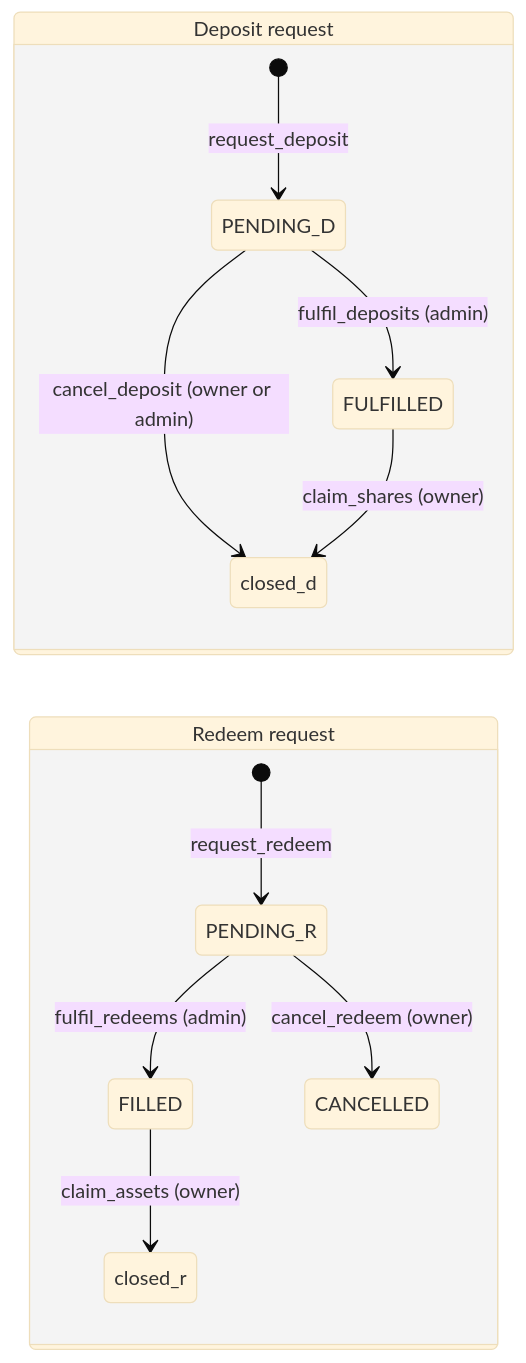
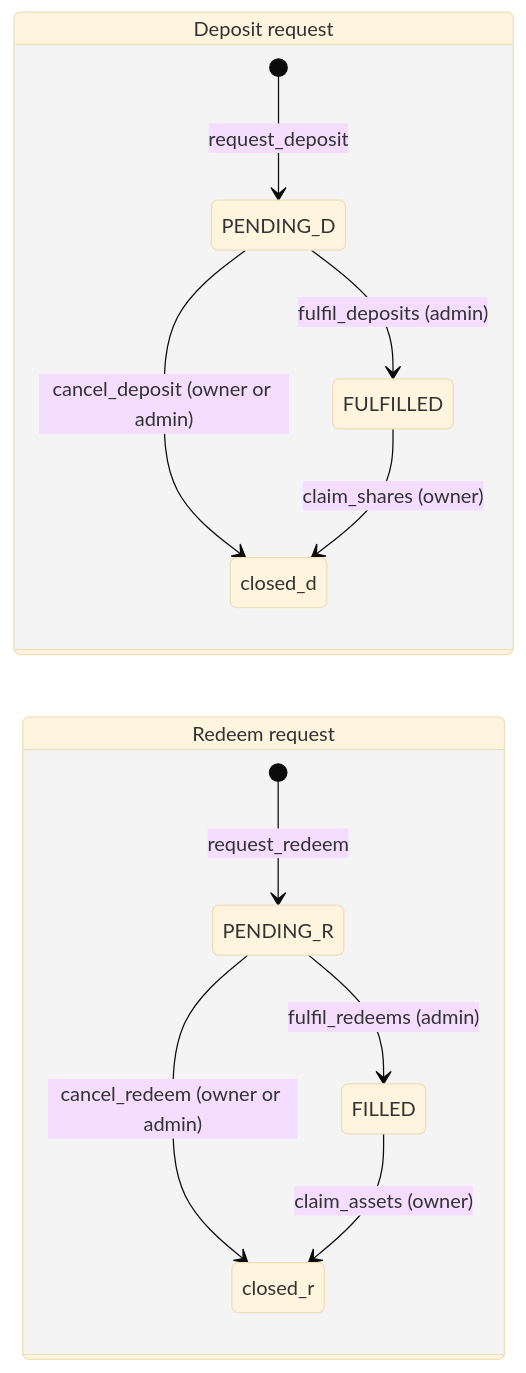
One commit to mutav-finance/mutav-protocol-solana changed the second of 2 diagrams in docs/technical-resources/program-reference.md. Above: the diagram before and after it, drawn with Mermaid (base theme). The commit also changed other lines of this file and 6 other files, not shown here.

````diff
--- a/docs/technical-resources/program-reference.md
+++ b/docs/technical-resources/program-reference.md
@@ -356,16 +375,16 @@
 ```mermaid
 stateDiagram-v2
   direction LR
   state "Deposit request" as D {
     [*] --> PENDING_D: request_deposit
     PENDING_D --> FULFILLED: fulfil_deposits (admin)
     PENDING_D --> closed_d: cancel_deposit (owner or admin)
     FULFILLED --> closed_d: claim_shares (owner)
   }
   state "Redeem request" as R {
     [*] --> PENDING_R: request_redeem
     PENDING_R --> FILLED: fulfil_redeems (admin)
-    PENDING_R --> CANCELLED: cancel_redeem (owner)
+    PENDING_R --> closed_r: cancel_redeem (owner or admin)
     FILLED --> closed_r: claim_assets (owner)
   }
 ```
````
